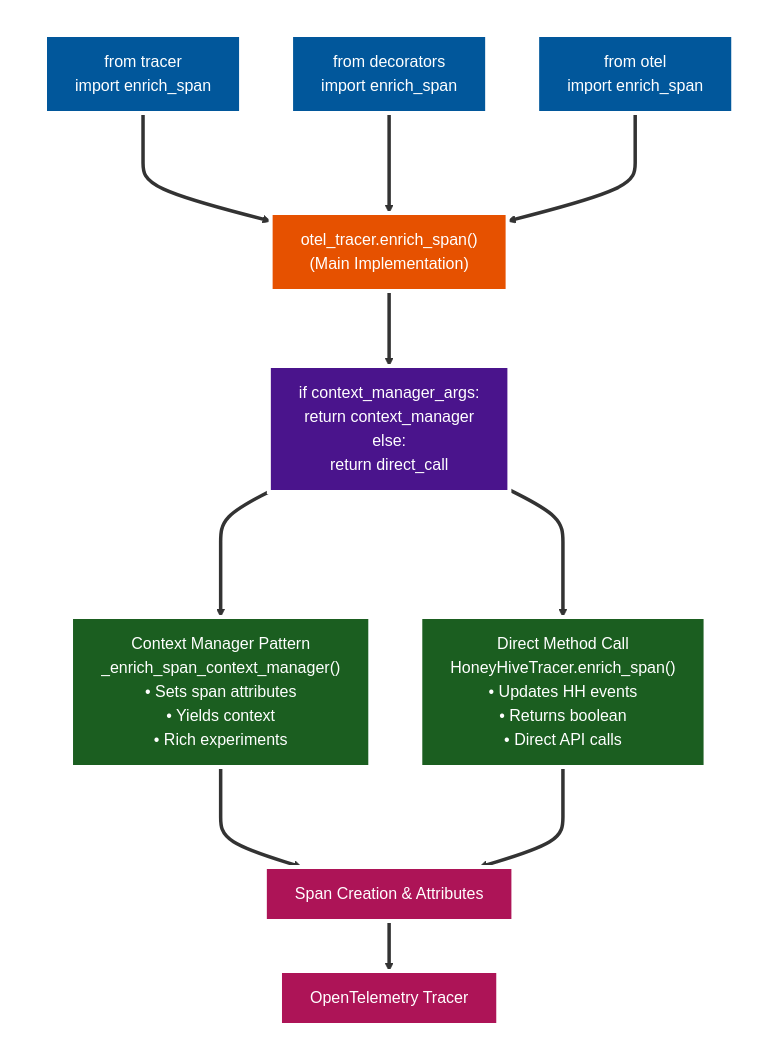
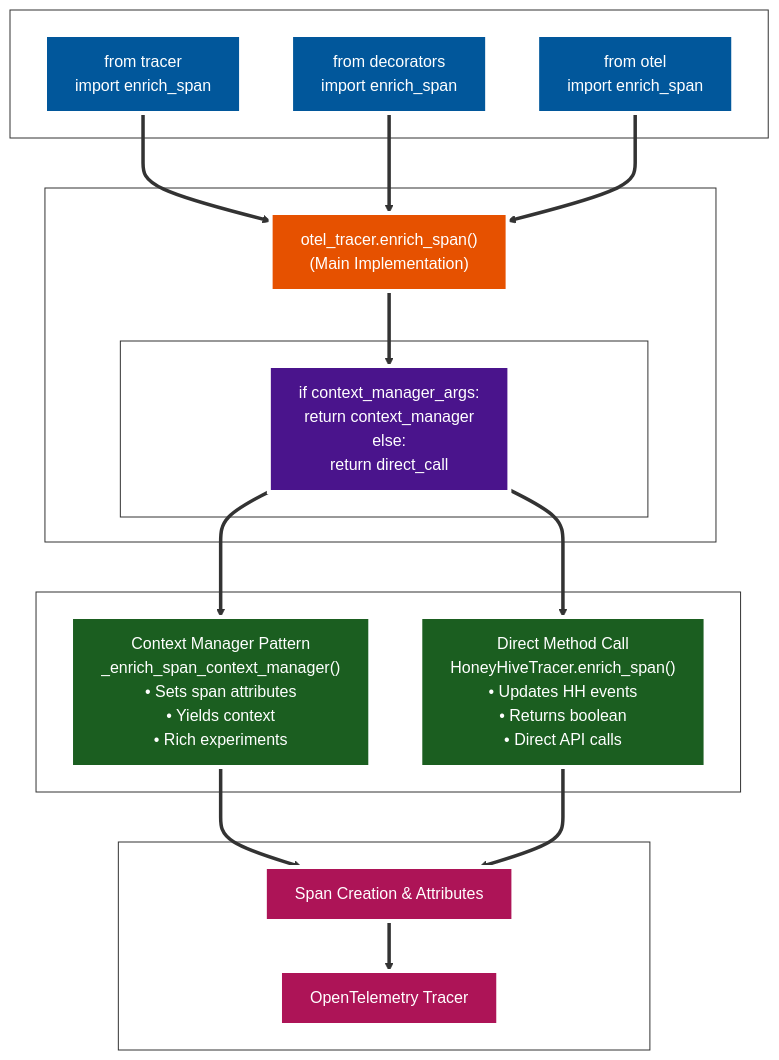
One commit to honeyhiveai/python-sdk changed the diagram in docs/explanation/concepts/tracing-fundamentals.rst. Above: the diagram before and after it, drawn with Mermaid. The commit also changed 4 other files, not shown here.

First line of the commit message:
docs: complete Mermaid dual-theme standardization

```diff
--- a/docs/explanation/concepts/tracing-fundamentals.rst
+++ b/docs/explanation/concepts/tracing-fundamentals.rst
@@ -112,53 +112,53 @@
 .. mermaid::
 
-   %%{init: {'theme':'base', 'themeVariables': {'primaryColor': '#4F81BD', 'primaryTextColor': '#ffffff', 'primaryBorderColor': '#ffffff', 'lineColor': '#333333', 'mainBkg': 'transparent', 'secondBkg': 'transparent', 'tertiaryColor': 'transparent', 'clusterBkg': 'transparent', 'clusterBorder': '#ffffff', 'edgeLabelBackground': 'transparent', 'background': 'transparent'}, 'flowchart': {'linkColor': '#333333', 'linkWidth': 2}}}%%
+   %%{init: {'theme':'base', 'themeVariables': {'primaryColor': '#4F81BD', 'primaryTextColor': '#ffffff', 'primaryBorderColor': '#333333', 'lineColor': '#333333', 'mainBkg': 'transparent', 'secondBkg': 'transparent', 'tertiaryColor': 'transparent', 'clusterBkg': 'transparent', 'clusterBorder': '#333333', 'edgeLabelBackground': 'transparent', 'background': 'transparent'}, 'flowchart': {'linkColor': '#333333', 'linkWidth': 2}}}%%
    graph TB
        subgraph "Enrichment Entry Points"
            EP1["from tracer<br/>import enrich_span"]
            EP2["from decorators<br/>import enrich_span"]
            EP3["from otel<br/>import enrich_span"]
        end
        
        subgraph "Unified Implementation"
            UI["otel_tracer.enrich_span()<br/>(Main Implementation)"]
            
            subgraph "Pattern Detection Logic"
                PD["if context_manager_args:<br/>return context_manager<br/>else:<br/>return direct_call"]
            end
        end
        
        subgraph "Execution Paths"
            CM["Context Manager Pattern<br/>_enrich_span_context_manager()<br/>• Sets span attributes<br/>• Yields context<br/>• Rich experiments"]
            DC["Direct Method Call<br/>HoneyHiveTracer.enrich_span()<br/>• Updates HH events<br/>• Returns boolean<br/>• Direct API calls"]
        end
        
        subgraph "OpenTelemetry Integration"
            SPAN["Span Creation & Attributes"]
            OTEL["OpenTelemetry Tracer"]
        end
        
        EP1 ==> UI
        EP2 ==> UI  
        EP3 ==> UI
        
        UI ==> PD
        
        PD ==> CM
        PD ==> DC
        
        CM ==> SPAN
        DC ==> SPAN
        
        SPAN ==> OTEL
        
        classDef entryPoint fill:#01579b,stroke:#ffffff,stroke-width:4px,color:#ffffff
        classDef unified fill:#e65100,stroke:#ffffff,stroke-width:4px,color:#ffffff
        classDef pattern fill:#4a148c,stroke:#ffffff,stroke-width:4px,color:#ffffff
        classDef execution fill:#1b5e20,stroke:#ffffff,stroke-width:4px,color:#ffffff
        classDef otel fill:#ad1457,stroke:#ffffff,stroke-width:4px,color:#ffffff
        
        class EP1,EP2,EP3 entryPoint
        class UI unified
        class PD pattern
        class CM,DC execution
        class SPAN,OTEL otel
```
